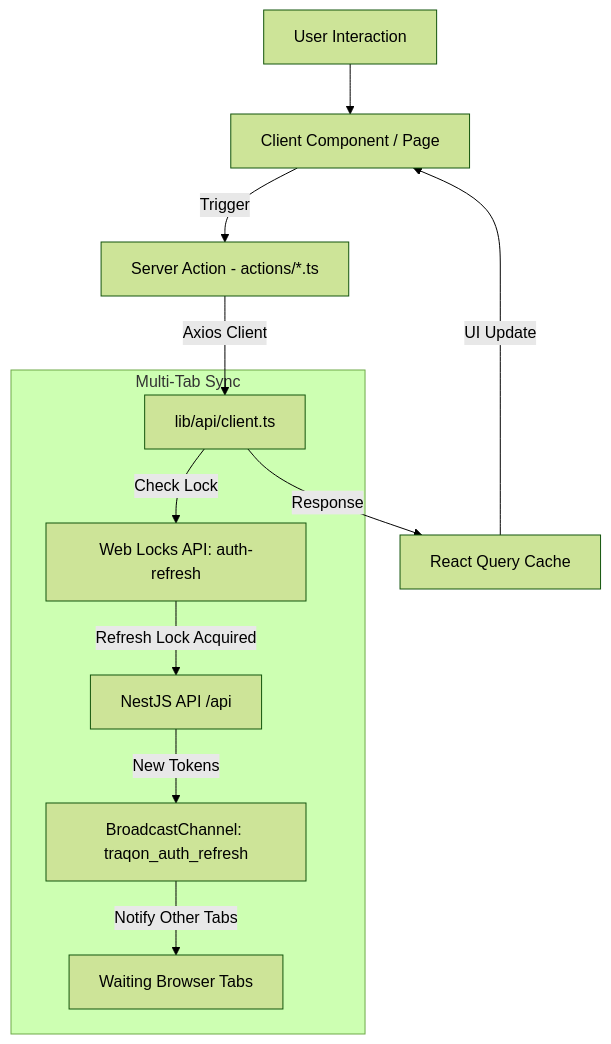
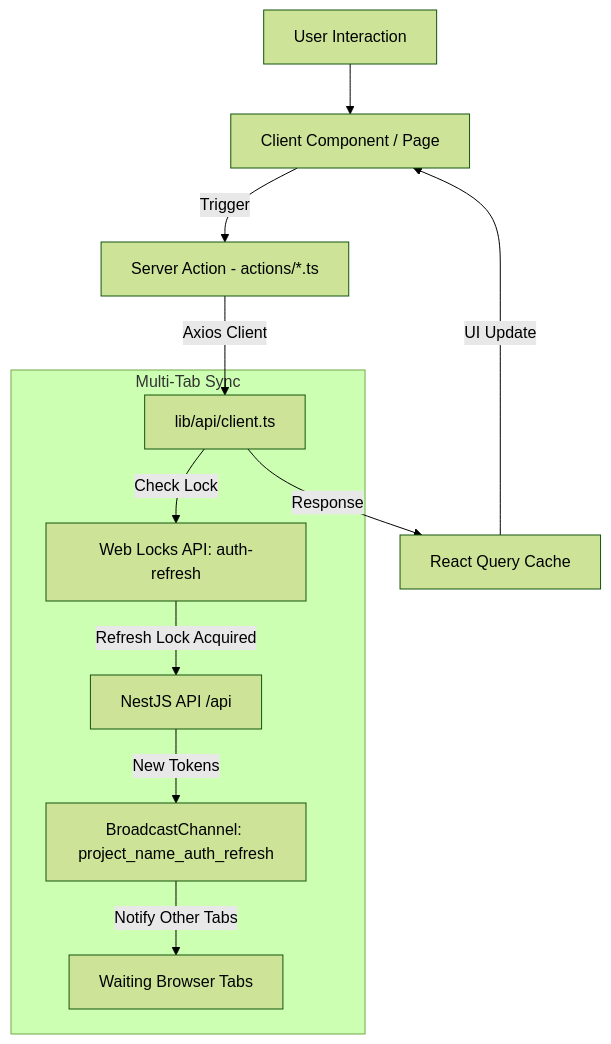
The diagram in README.md (mohamed-hossam1/NextJS-IAM), drawn with Mermaid (forest theme) before and after one commit. The commit also changed other lines of this file and 14 other files, not shown here.

````diff
--- a/README.md
+++ b/README.md
@@ -65,16 +65,16 @@
 ```mermaid
 graph TD
     UserAction[User Interaction] --> ClientComponent[Client Component / Page]
     ClientComponent -->|Trigger| ServerAction[Server Action - actions/*.ts]
     ServerAction -->|Axios Client| ApiClient[lib/api/client.ts]
     
     subgraph Multi-Tab Sync
         ApiClient -->|Check Lock| WebLocks[Web Locks API: auth-refresh]
         WebLocks -->|Refresh Lock Acquired| NestAPI[NestJS API /api]
-        NestAPI -->|New Tokens| Broadcast[BroadcastChannel: traqon_auth_refresh]
+        NestAPI -->|New Tokens| Broadcast[BroadcastChannel: project_name_auth_refresh]
         Broadcast -->|Notify Other Tabs| WaitingTabs[Waiting Browser Tabs]
     end
     
     ApiClient -->|Response| ReactQuery[React Query Cache]
     ReactQuery -->|UI Update| ClientComponent
 ```
````
